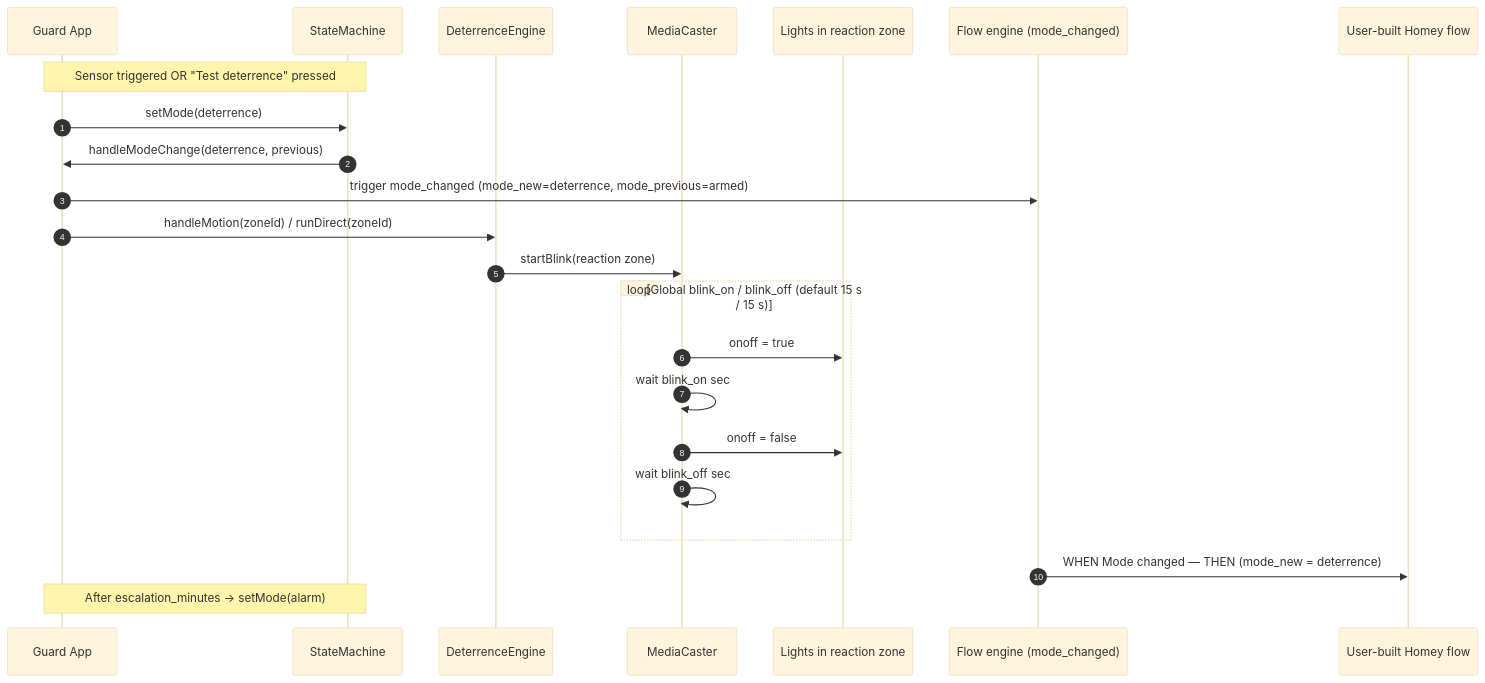
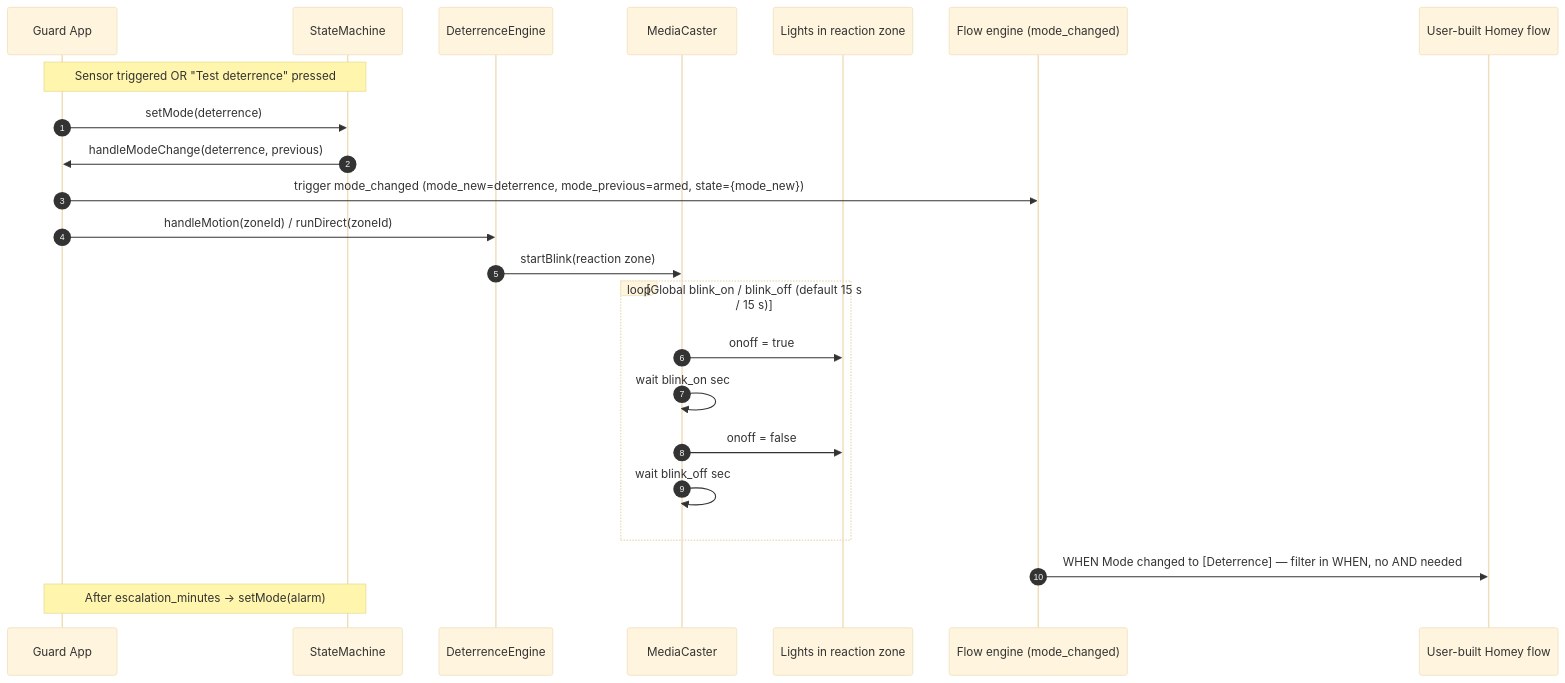
The fifth of 6 diagrams in README.md (thomasekdahlN/mccallisterguard), drawn with Mermaid (base theme) before and after one commit. The commit also changed other lines of this file, not shown here.

First line of the commit message:
docs: update README with WHEN-filter triggers, Kevin zone flows, new Mermaid diagrams

````diff
--- a/README.md
+++ b/README.md
@@ -227,26 +227,26 @@
 ```mermaid
 sequenceDiagram
   autonumber
   participant App as Guard App
   participant SM as StateMachine
   participant DE as DeterrenceEngine
   participant MC as MediaCaster
   participant LIGHT as Lights in reaction zone
   participant F as Flow engine (mode_changed)
   participant UF as User-built Homey flow
 
   Note over App,SM: Sensor triggered OR "Test deterrence" pressed
   App->>SM: setMode(deterrence)
   SM->>App: handleModeChange(deterrence, previous)
-  App->>F: trigger mode_changed (mode_new=deterrence, mode_previous=armed)
+  App->>F: trigger mode_changed (mode_new=deterrence, mode_previous=armed, state={mode_new})
   App->>DE: handleMotion(zoneId) / runDirect(zoneId)
   DE->>MC: startBlink(reaction zone)
   loop Global blink_on / blink_off (default 15 s / 15 s)
     MC->>LIGHT: onoff = true
     MC->>MC: wait blink_on sec
     MC->>LIGHT: onoff = false
     MC->>MC: wait blink_off sec
   end
-  F->>UF: WHEN Mode changed — THEN (mode_new = deterrence)
+  F->>UF: WHEN Mode changed to [Deterrence] — filter in WHEN, no AND needed
   Note over App,SM: After escalation_minutes → setMode(alarm)
 ```
````
